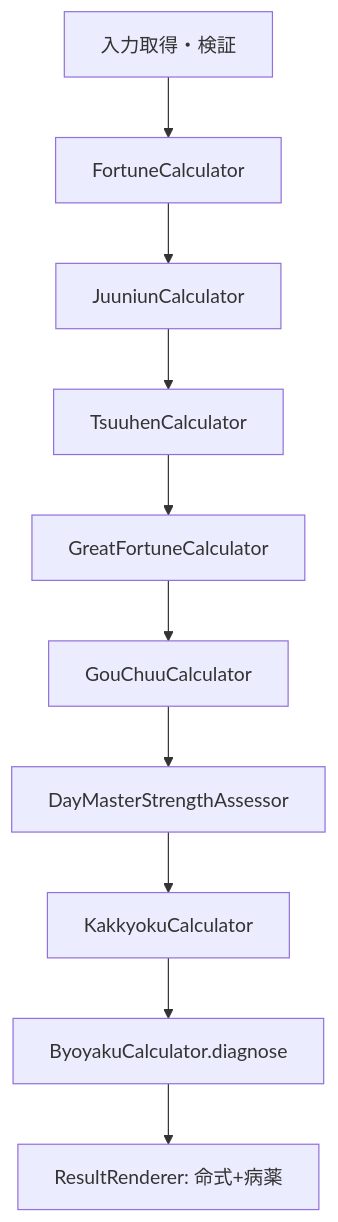
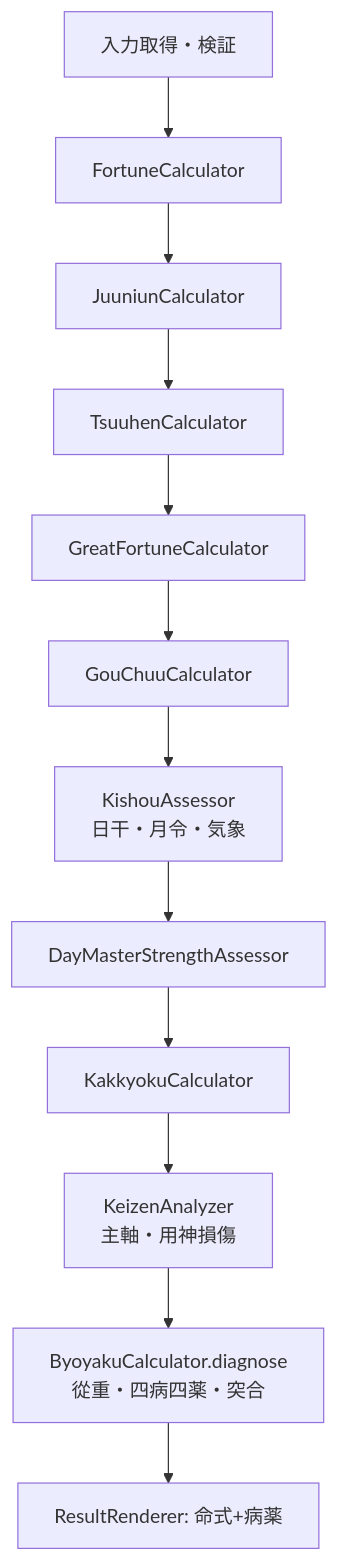
The second of 2 diagrams in chrome-extension/docs/design/病薬表示オプション/04_アーキテクチャとデータフロー.md (m-tomei/pillars-addin), drawn with Mermaid before and after one commit. The commit also changed other lines of this file and 14 other files, not shown here.

````diff
--- a/chrome-extension/docs/design/病薬表示オプション/04_アーキテクチャとデータフロー.md
+++ b/chrome-extension/docs/design/病薬表示オプション/04_アーキテクチャとデータフロー.md
@@ -55,12 +57,14 @@
 ```mermaid
 flowchart TD
   A[入力取得・検証] --> B[FortuneCalculator]
   B --> C[JuuniunCalculator]
   C --> D[TsuuhenCalculator]
   D --> E[GreatFortuneCalculator]
   E --> H[GouChuuCalculator]
-  H --> I[DayMasterStrengthAssessor]
-  I --> J[KakkyokuCalculator]
-  J --> K[ByoyakuCalculator.diagnose]
-  K --> L[ResultRenderer: 命式+病薬]
+  H --> I[KishouAssessor<br/>日干・月令・気象]
+  I --> J[DayMasterStrengthAssessor]
+  J --> K[KakkyokuCalculator]
+  K --> M[KeizenAnalyzer<br/>主軸・用神損傷]
+  M --> N[ByoyakuCalculator.diagnose<br/>從重・四病四薬・突合]
+  N --> L[ResultRenderer: 命式+病薬]
 ```
````
